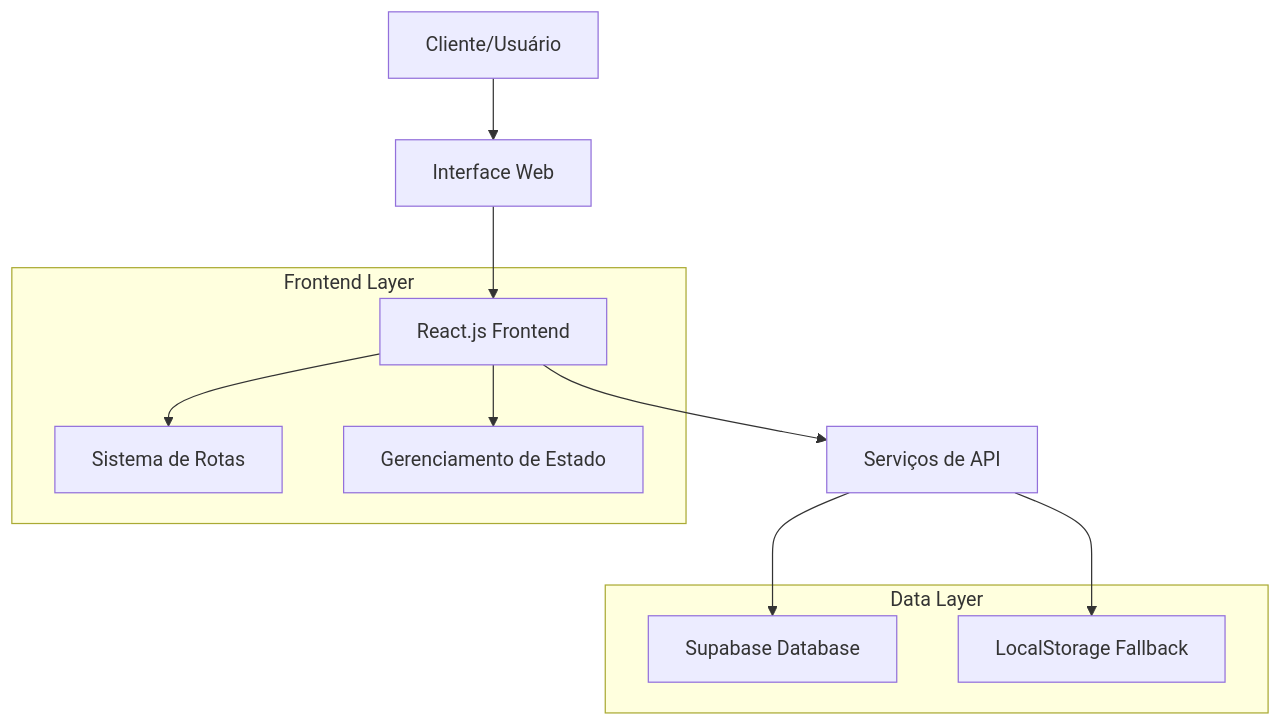
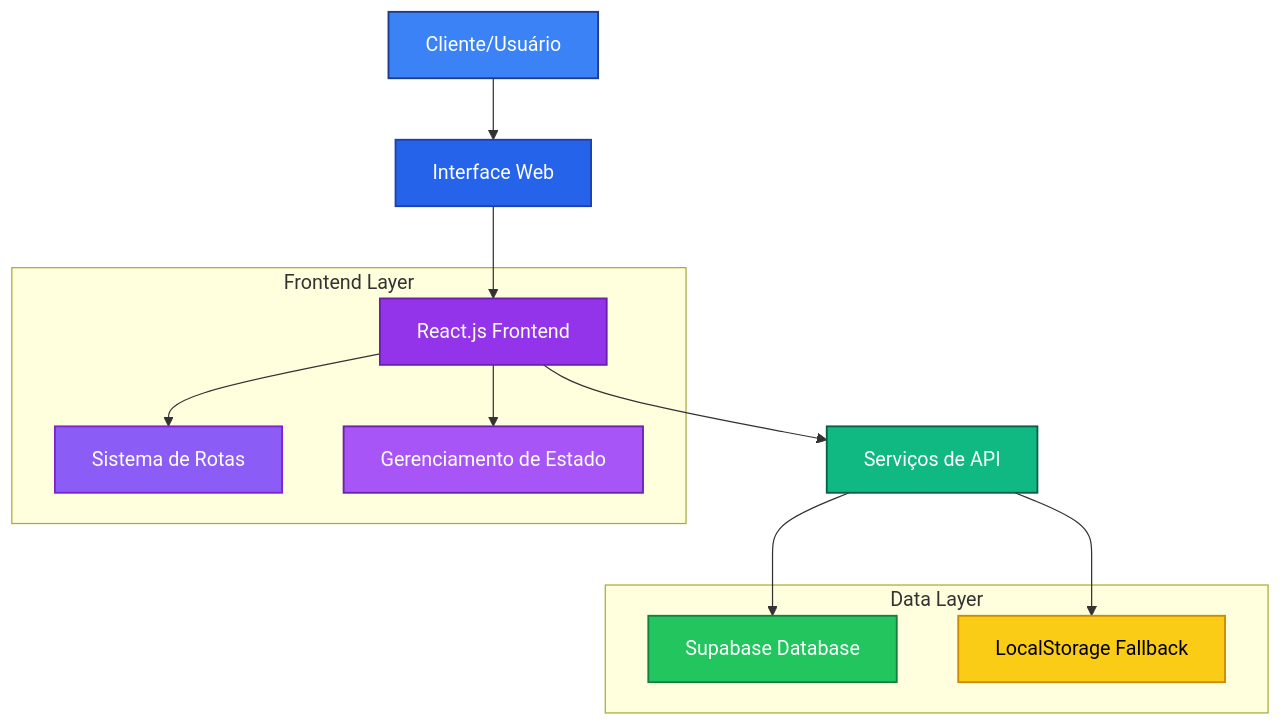
Before and after one commit to cold-tech/documentacao: the first of 2 diagrams in documentacaoTecnica/ESCOPO_PROJETO.md, drawn with Mermaid. The commit also changed other lines of this file, not shown here.

````diff
--- a/documentacaoTecnica/ESCOPO_PROJETO.md
+++ b/documentacaoTecnica/ESCOPO_PROJETO.md
@@ -23,21 +23,32 @@
 ```mermaid
 graph TB
     A[Cliente/Usuário] --> B[Interface Web]
     B --> C[React.js Frontend]
     C --> D[Sistema de Rotas]
     C --> E[Gerenciamento de Estado]
     C --> F[Serviços de API]
     F --> G[Supabase Database]
     F --> H[LocalStorage Fallback]
-    
+
     subgraph "Frontend Layer"
         C
         D
         E
     end
     
     subgraph "Data Layer"
         G
         H
     end
+
+    %% Estilos personalizados com cores modernas
+    style A fill:#3b82f6,stroke:#1e3a8a,stroke-width:1.5px,color:#fff
+    style B fill:#2563eb,stroke:#1e40af,stroke-width:1.5px,color:#fff
+    style C fill:#9333ea,stroke:#6b21a8,stroke-width:1.5px,color:#fff
+    style D fill:#8b5cf6,stroke:#7e22ce,stroke-width:1.5px,color:#fff
+    style E fill:#a855f7,stroke:#6b21a8,stroke-width:1.5px,color:#fff
+    style F fill:#10b981,stroke:#065f46,stroke-width:1.5px,color:#fff
+    style G fill:#22c55e,stroke:#15803d,stroke-width:1.5px,color:#fff
+    style H fill:#facc15,stroke:#ca8a04,stroke-width:1.5px,color:#000
+
 ```
````
